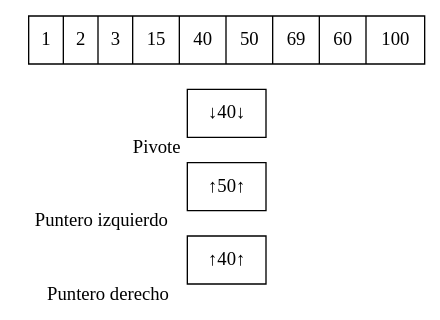
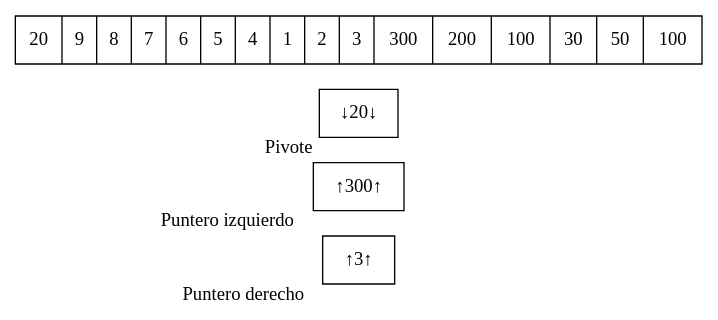
The diagram in src/Imagenes/quicksort/i55.dot (oscarc99/EDD_DIC_2019_PY2_201709140-), drawn with Graphviz before and after one commit. The commit also changed 655 other files, not shown here.

```diff
--- a/src/Imagenes/quicksort/i55.dot
+++ b/src/Imagenes/quicksort/i55.dot
@@ -1,5 +1,5 @@
 digraph G{ node [shape = record ];
- rankdir=LR;puntDer[label="↑40↑" xlabel="Puntero derecho" pos = "12,0!"]
-puntIzq[label="↑50↑" xlabel="Puntero izquierdo" pos = "8,0!"]
-pivote[label="↓40↓" xlabel ="Pivote" pos = "10,2!"]
-X[label="{ 1|2|3|15|40|50|69|60|100}" pos = "10,1!" ]}
+ rankdir=LR;puntDer[label="↑3↑" xlabel="Puntero derecho" pos = "12,0!"]
+puntIzq[label="↑300↑" xlabel="Puntero izquierdo" pos = "8,0!"]
+pivote[label="↓20↓" xlabel ="Pivote" pos = "10,2!"]
+X[label="{ 20|9|8|7|6|5|4|1|2|3|300|200|100|30|50|100}" pos = "10,1!" ]}
```
